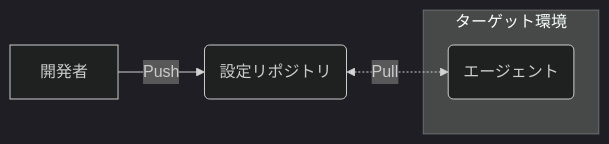
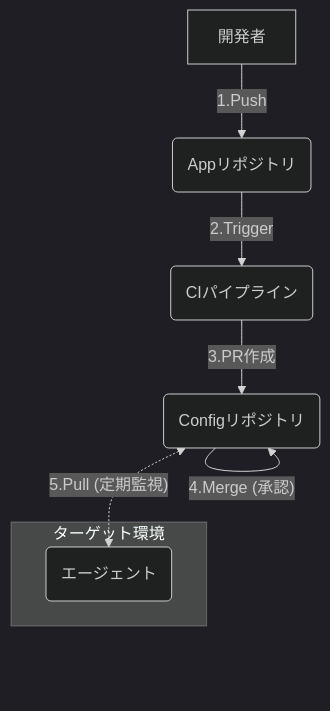
One commit to suwa-sh/zenn-contents changed the third of 5 diagrams in articles/gitops_without_kubernetes_20250920.md. Above: the diagram before and after it, drawn with Mermaid (dark theme). The commit also changed other lines of this file, not shown here.

````diff
--- a/articles/gitops_without_kubernetes_20250920.md
+++ b/articles/gitops_without_kubernetes_20250920.md
@@ -99,8 +124,12 @@
 ```mermaid
-graph LR
-    A[開発者] -- Push --> B(設定リポジトリ)
+graph TD
     subgraph ターゲット環境
-        C(エージェント)
+        E(エージェント)
     end
-    B <-. Pull .-> C
+
+    A[開発者] -- 1.Push --> B(Appリポジトリ)
+    B -- 2.Trigger --> C(CIパイプライン)
+    C -- "3.PR作成" --> D(Configリポジトリ)
+    D -- "4.Merge (承認)" --> D
+    D <-. "5.Pull (定期監視)" .-> E
 ```
````
